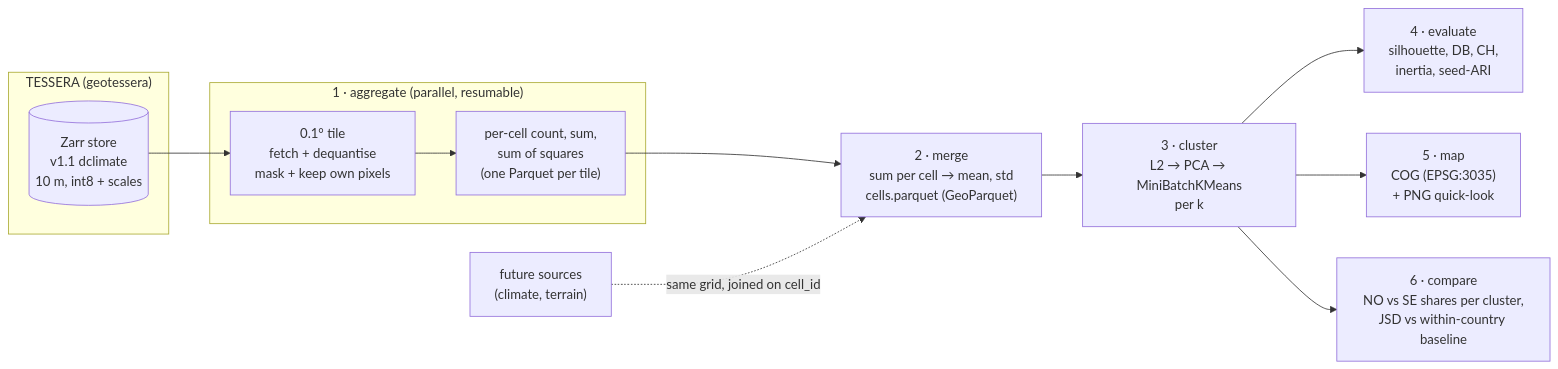
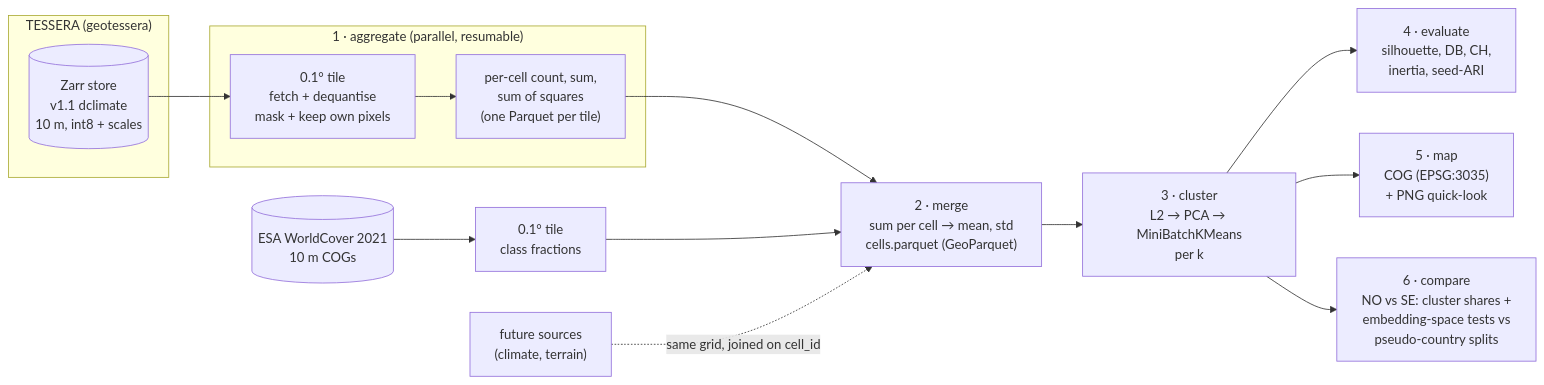
The diagram in README.md (SINTEF/tessera-nordic), drawn with Mermaid before and after one commit. The commit also changed other lines of this file and 15 other files, not shown here.

First line of the commit message:
feat: embedding-space comparison with pseudo-country reference; WorldCover water filter

````diff
--- a/README.md
+++ b/README.md
@@ -18,16 +18,18 @@
 ```mermaid
 flowchart LR
     subgraph upstream["TESSERA (geotessera)"]
         Z[("Zarr store<br/>v1.1 dclimate<br/>10 m, int8 + scales")]
     end
     subgraph agg["1 · aggregate (parallel, resumable)"]
         T["0.1° tile<br/>fetch + dequantise<br/>mask + keep own pixels"] --> S["per-cell count, sum,<br/>sum of squares<br/>(one Parquet per tile)"]
     end
+    W[("ESA WorldCover 2021<br/>10 m COGs")] --> WT["0.1° tile<br/>class fractions"]
     Z --> T
-    S --> M["2 · merge<br/>sum per cell → mean, std<br/>cells.parquet (GeoParquet)"]
+    S --> M
+    WT --> M["2 · merge<br/>sum per cell → mean, std<br/>cells.parquet (GeoParquet)"]
     M --> C["3 · cluster<br/>L2 → PCA → MiniBatchKMeans<br/>per k"]
     C --> E["4 · evaluate<br/>silhouette, DB, CH,<br/>inertia, seed-ARI"]
     C --> P["5 · map<br/>COG (EPSG:3035)<br/>+ PNG quick-look"]
-    C --> K["6 · compare<br/>NO vs SE shares per cluster,<br/>JSD vs within-country baseline"]
+    C --> K["6 · compare<br/>NO vs SE: cluster shares +<br/>embedding-space tests vs<br/>pseudo-country splits"]
     F["future sources<br/>(climate, terrain)"] -. "same grid, joined on cell_id" .-> M
 ```
````
